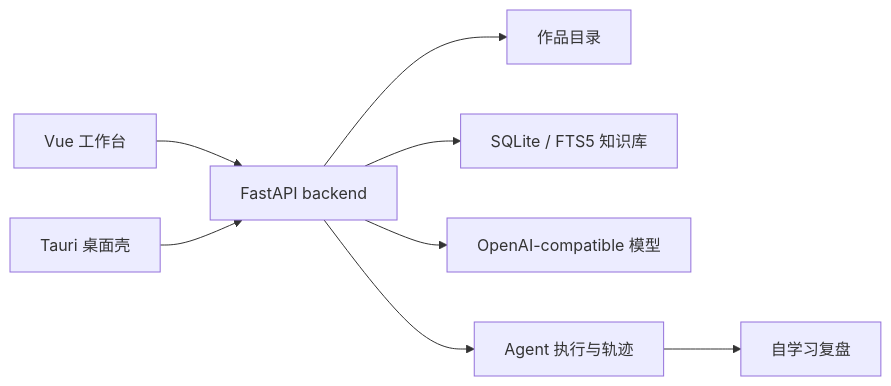
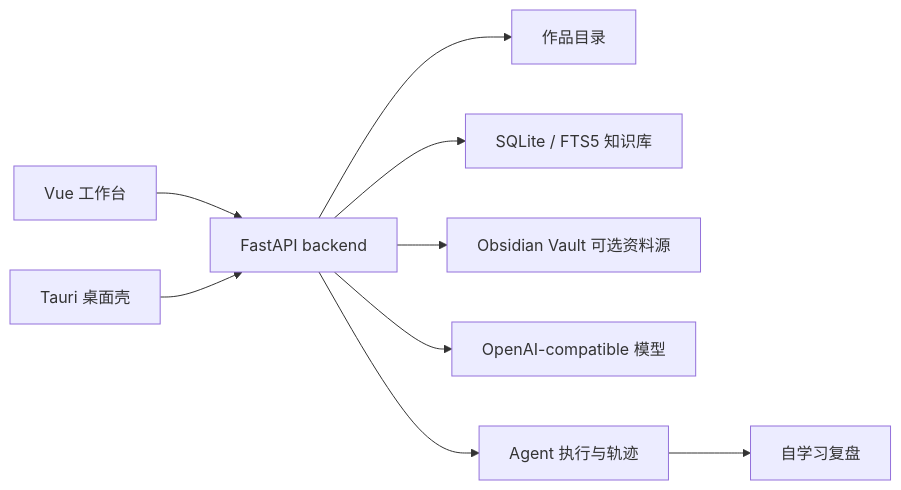
Before and after one commit to mushroomfk/novel-generator: the diagram in README.md, drawn with Mermaid. The commit also changed other lines of this file and 77 other files, not shown here.

````diff
--- a/README.md
+++ b/README.md
@@ -90,10 +155,11 @@
 ```mermaid
 flowchart LR
   UI["Vue 工作台"] --> API["FastAPI backend"]
   Shell["Tauri 桌面壳"] --> API
   API --> Project["作品目录"]
   API --> Knowledge["SQLite / FTS5 知识库"]
+  API --> Obsidian["Obsidian Vault 可选资料源"]
   API --> Model["OpenAI-compatible 模型"]
   API --> Agent["Agent 执行与轨迹"]
   Agent --> Learning["自学习复盘"]
 ```
````
